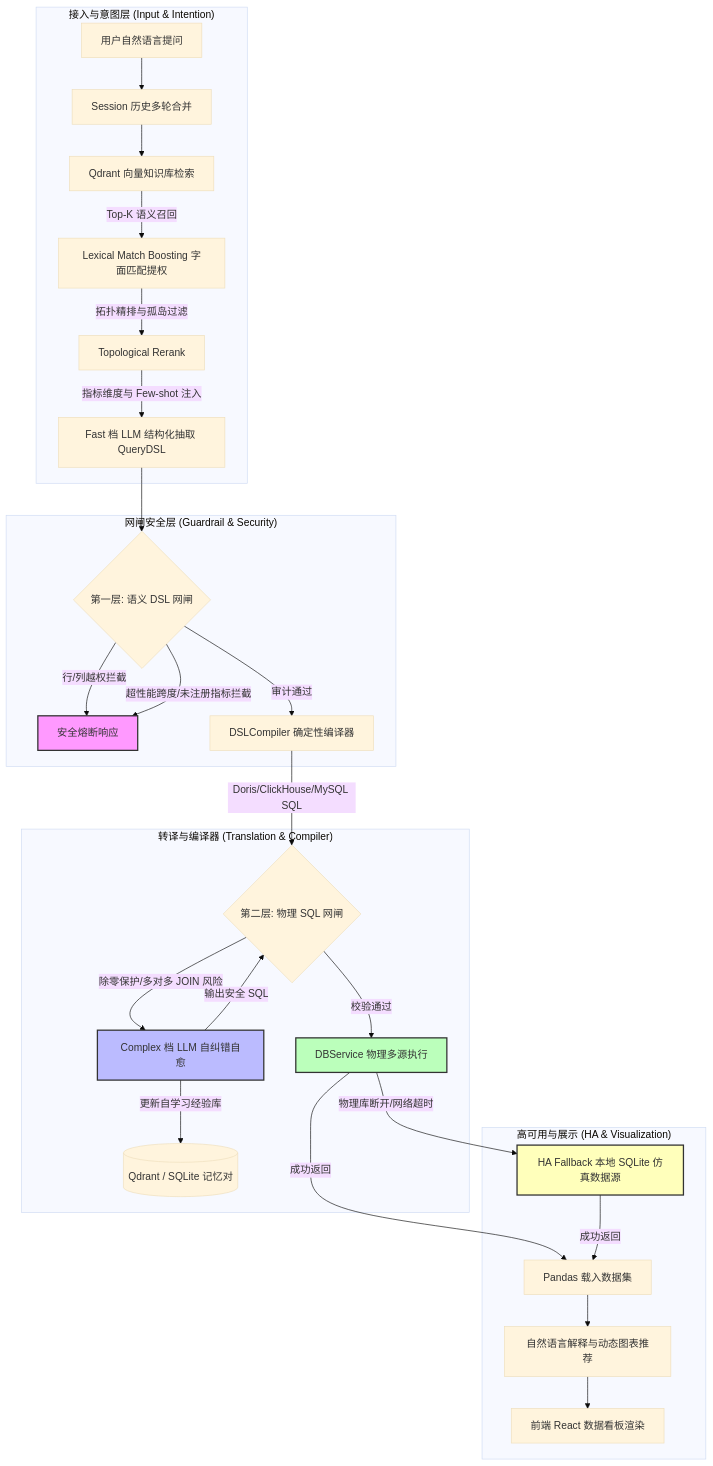
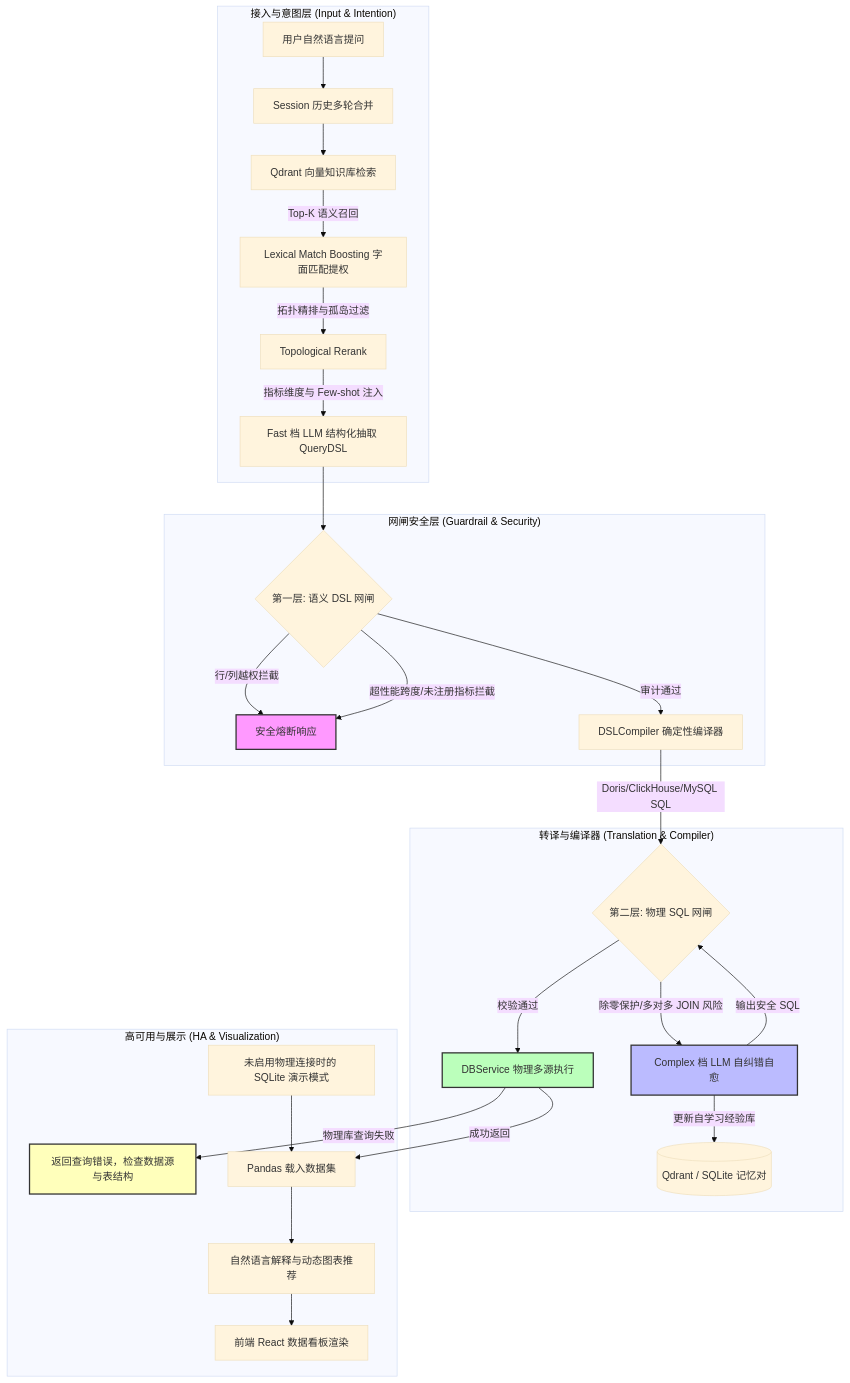
The diagram in README.md (Mdz-Bigdata/DataWareHouse-Agent), drawn with Mermaid (base theme) before and after one commit. The commit also changed other lines of this file and 3287 other files, not shown here.

````diff
--- a/README.md
+++ b/README.md
@@ -13,38 +25,38 @@
 ```mermaid
 flowchart TD
     subgraph "接入与意图层 (Input & Intention)"
         A[用户自然语言提问] --> B[Session 历史多轮合并]
         B --> C[Qdrant 向量知识库检索]
         C -->|Top-K 语义召回| D[Lexical Match Boosting 字面匹配提权]
         D -->|拓扑精排与孤岛过滤| D2[Topological Rerank]
         D2 -->|指标维度与 Few-shot 注入| E[Fast 档 LLM 结构化抽取 QueryDSL]
     end
 
     subgraph "网闸安全层 (Guardrail & Security)"
         E --> F{第一层: 语义 DSL 网闸}
         F -->|行/列越权拦截| G[安全熔断响应]
         F -->|超性能跨度/未注册指标拦截| G
         F -->|审计通过| H[DSLCompiler 确定性编译器]
     end
 
     subgraph "转译与编译器 (Translation & Compiler)"
         H -->|Doris/ClickHouse/MySQL SQL| I{第二层: 物理 SQL 网闸}
         I -->|除零保护/多对多 JOIN 风险| J[Complex 档 LLM 自纠错自愈]
         J -->|更新自学习经验库| K[(Qdrant / SQLite 记忆对)]
         J -->|输出安全 SQL| I
         I -->|校验通过| L[DBService 物理多源执行]
     end
 
     subgraph "高可用与展示 (HA & Visualization)"
-        L -->|物理库断开/网络超时| M[HA Fallback 本地 SQLite 仿真数据源]
+        L -->|物理库查询失败| M[返回查询错误，检查数据源与表结构]
         L -->|成功返回| N[Pandas 载入数据集]
-        M -->|成功返回| N
+        S[未启用物理连接时的 SQLite 演示模式] --> N
         N --> O[自然语言解释与动态图表推荐]
         O --> P[前端 React 数据看板渲染]
     end
     
     style G fill:#f9f,stroke:#333,stroke-width:2px
     style J fill:#bbf,stroke:#333,stroke-width:2px
     style L fill:#bfb,stroke:#333,stroke-width:2px
     style M fill:#ffb,stroke:#333,stroke-width:2px
 ```
````
